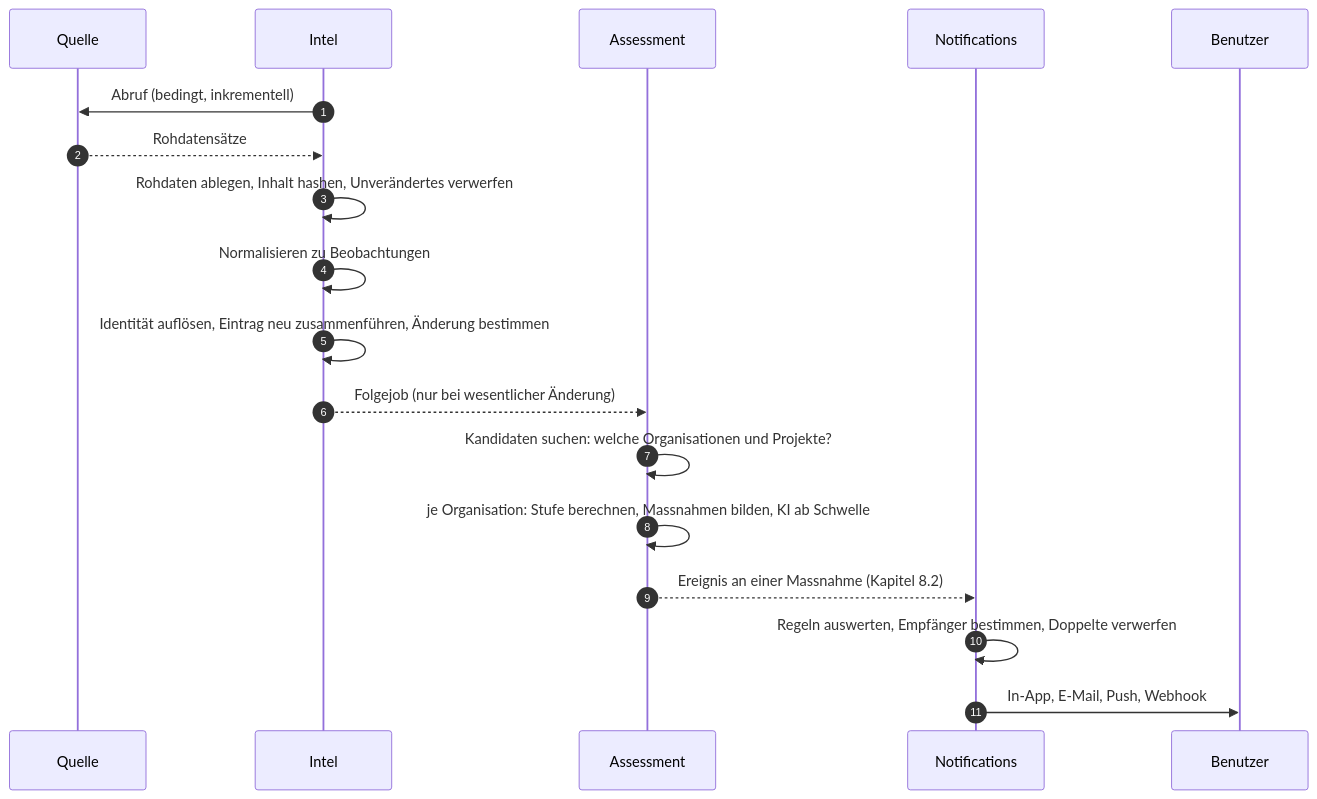
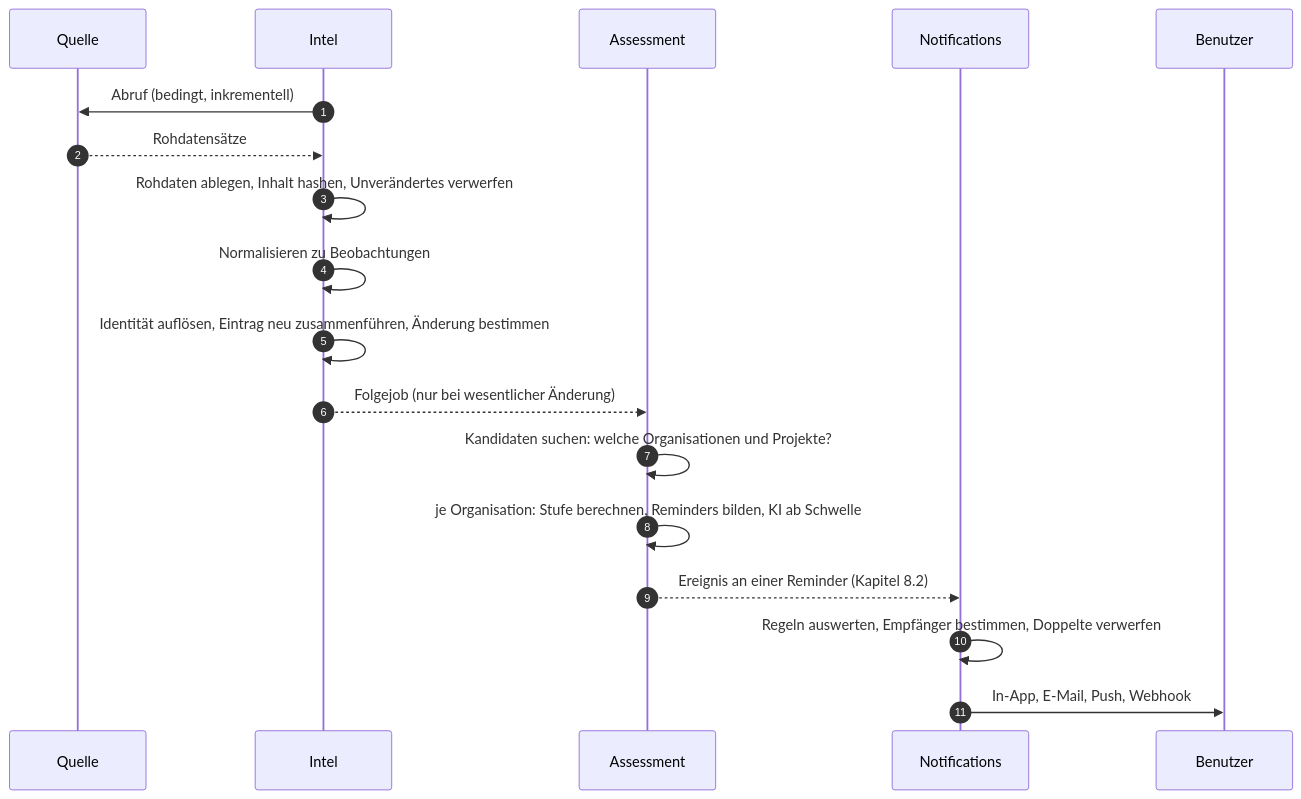
The third of 3 diagrams in docs/masterplan/03-architektur.md (NicoM77/Ardea), drawn with Mermaid before and after one commit. The commit also changed other lines of this file and 16 other files, not shown here.

````diff
--- a/docs/masterplan/03-architektur.md
+++ b/docs/masterplan/03-architektur.md
@@ -108,21 +108,21 @@
 ```mermaid
 sequenceDiagram
   autonumber
   participant S as Quelle
   participant I as Intel
   participant A as Assessment
   participant N as Notifications
   participant U as Benutzer
 
   I->>S: Abruf (bedingt, inkrementell)
   S-->>I: Rohdatensätze
   I->>I: Rohdaten ablegen, Inhalt hashen, Unverändertes verwerfen
   I->>I: Normalisieren zu Beobachtungen
   I->>I: Identität auflösen, Eintrag neu zusammenführen, Änderung bestimmen
   I-->>A: Folgejob (nur bei wesentlicher Änderung)
   A->>A: Kandidaten suchen: welche Organisationen und Projekte?
-  A->>A: je Organisation: Stufe berechnen, Massnahmen bilden, KI ab Schwelle
-  A-->>N: Ereignis an einer Massnahme (Kapitel 8.2)
+  A->>A: je Organisation: Stufe berechnen, Reminders bilden, KI ab Schwelle
+  A-->>N: Ereignis an einer Reminder (Kapitel 8.2)
   N->>N: Regeln auswerten, Empfänger bestimmen, Doppelte verwerfen
   N->>U: In-App, E-Mail, Push, Webhook
 ```
````
